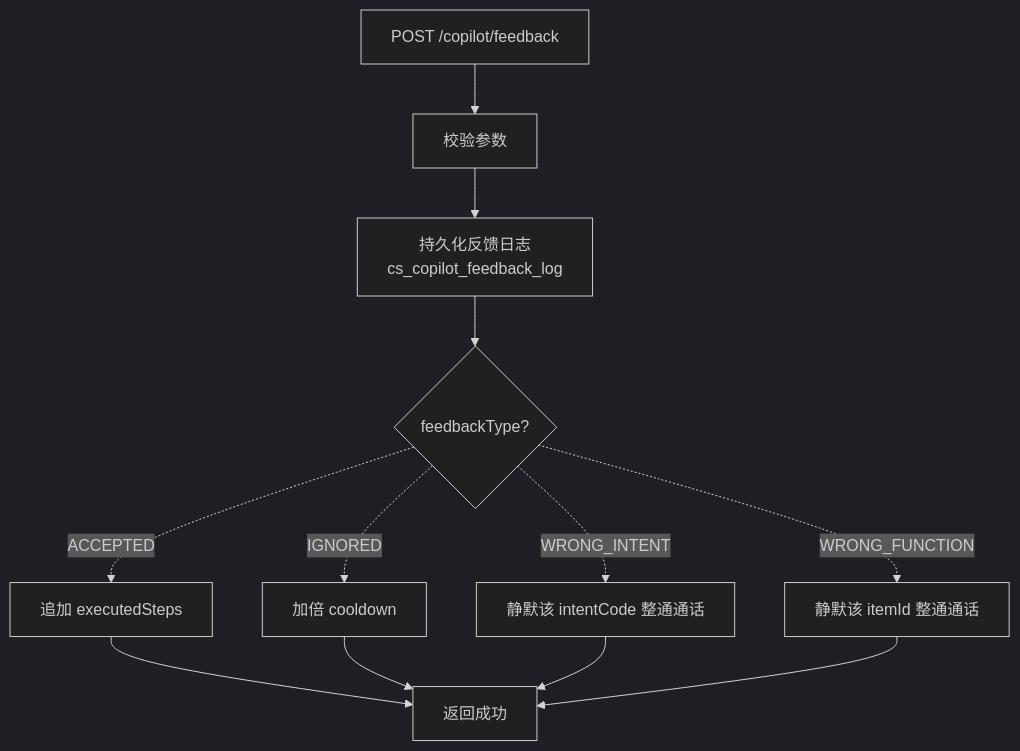
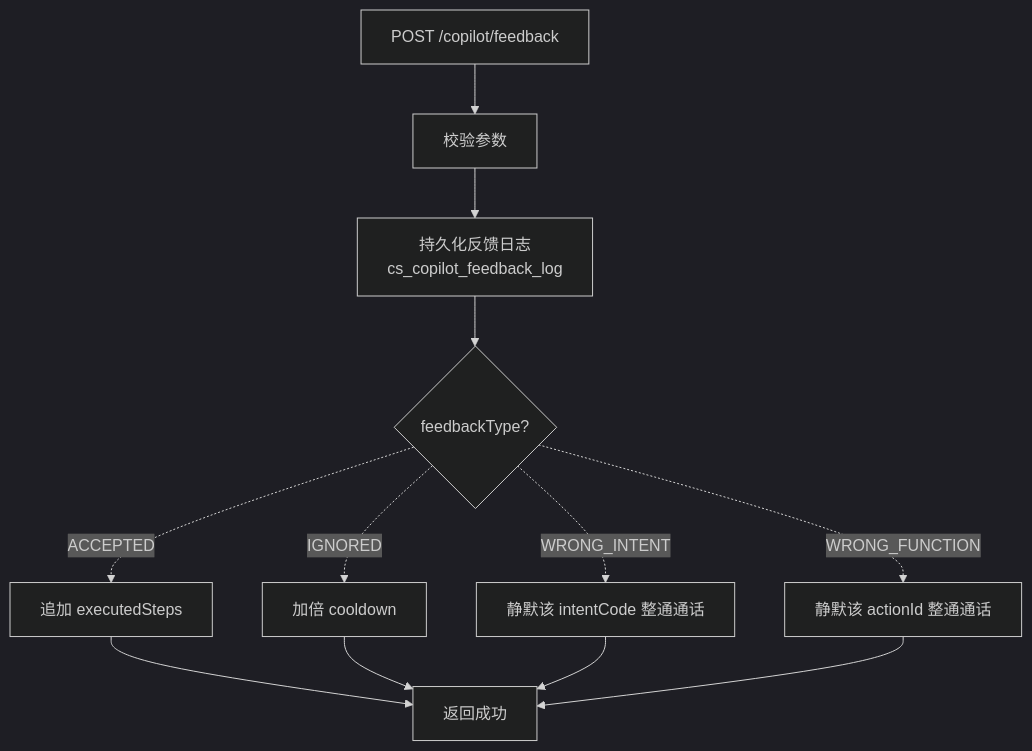
Diagram 14 of 24 in cs-copilot-service/docs/dd-v1.2.md (qzz617/copilot), drawn with Mermaid (dark theme) before and after one commit. The commit also changed other lines of this file and 24 other files, not shown here.

Commit message:
Align copilot action config schema

````diff
--- a/cs-copilot-service/docs/dd-v1.2.md
+++ b/cs-copilot-service/docs/dd-v1.2.md
@@ -1991,14 +1936,14 @@
 ```mermaid
 flowchart TD
     A[POST /copilot/feedback] --> B[校验参数]
     B --> C[持久化反馈日志<br/>cs_copilot_feedback_log]
     C --> D{feedbackType?}
     D -.ACCEPTED.-> E[追加 executedSteps]
     D -.IGNORED.-> F[加倍 cooldown]
     D -.WRONG_INTENT.-> G[静默该 intentCode 整通通话]
-    D -.WRONG_FUNCTION.-> H[静默该 itemId 整通通话]
+    D -.WRONG_FUNCTION.-> H[静默该 actionId 整通通话]
     E --> END[返回成功]
     F --> END
     G --> END
     H --> END
 ```
````
